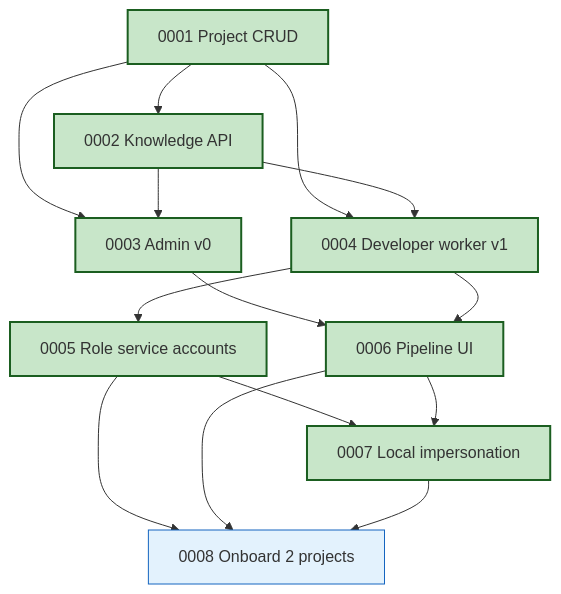
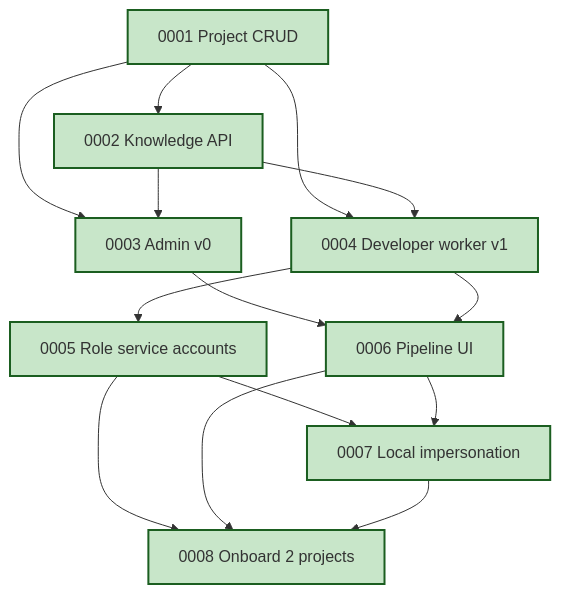
The diagram in system/product-specs/ROADMAP.md (coder-devx/coder-system), drawn with Mermaid before and after one commit. The commit also changed other lines of this file and 4 other files, not shown here.

````diff
--- a/system/product-specs/ROADMAP.md
+++ b/system/product-specs/ROADMAP.md
@@ -185,30 +183,28 @@
 ```mermaid
 flowchart TB
   s1["0001 Project CRUD"]
   s2["0002 Knowledge API"]
   s3["0003 Admin v0"]
   s4["0004 Developer worker v1"]
   s5["0005 Role service accounts"]
   s6["0006 Pipeline UI"]
   s7["0007 Local impersonation"]
   s8["0008 Onboard 2 projects"]
 
   s1 --> s2
   s1 --> s3
   s1 --> s4
   s2 --> s3
   s2 --> s4
   s3 --> s6
   s4 --> s5
   s4 --> s6
   s5 --> s7
   s6 --> s7
   s5 --> s8
   s6 --> s8
   s7 --> s8
 
   classDef shipped fill:#c8e6c9,stroke:#1b5e20,stroke-width:2px
-  classDef later fill:#e3f2fd,stroke:#1565c0
-  class s1,s2,s3,s4,s5,s6,s7 shipped
-  class s8 later
+  class s1,s2,s3,s4,s5,s6,s7,s8 shipped
 ```
````
